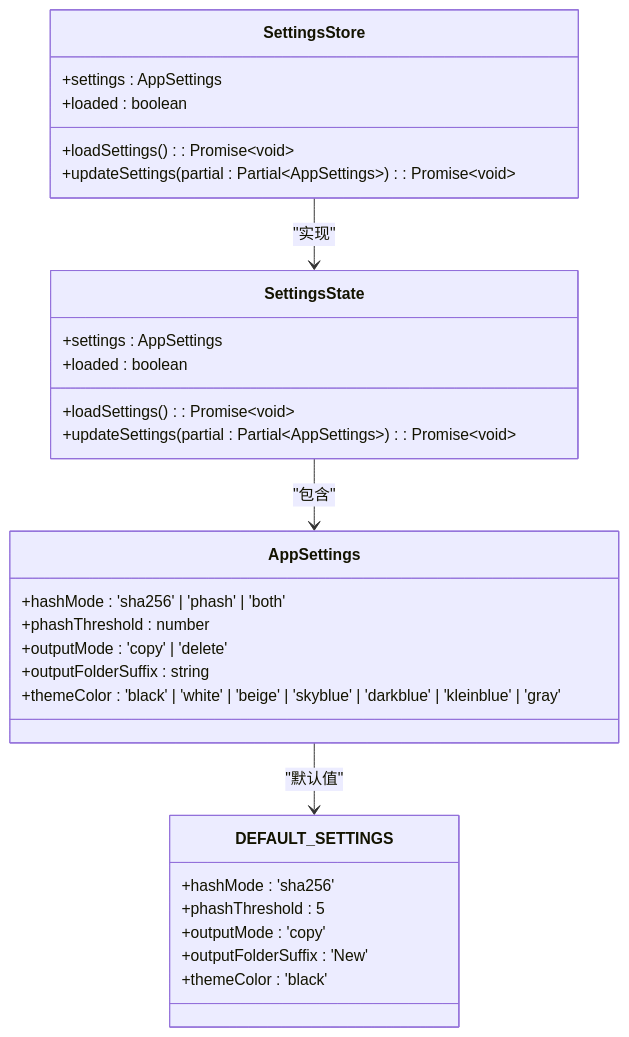
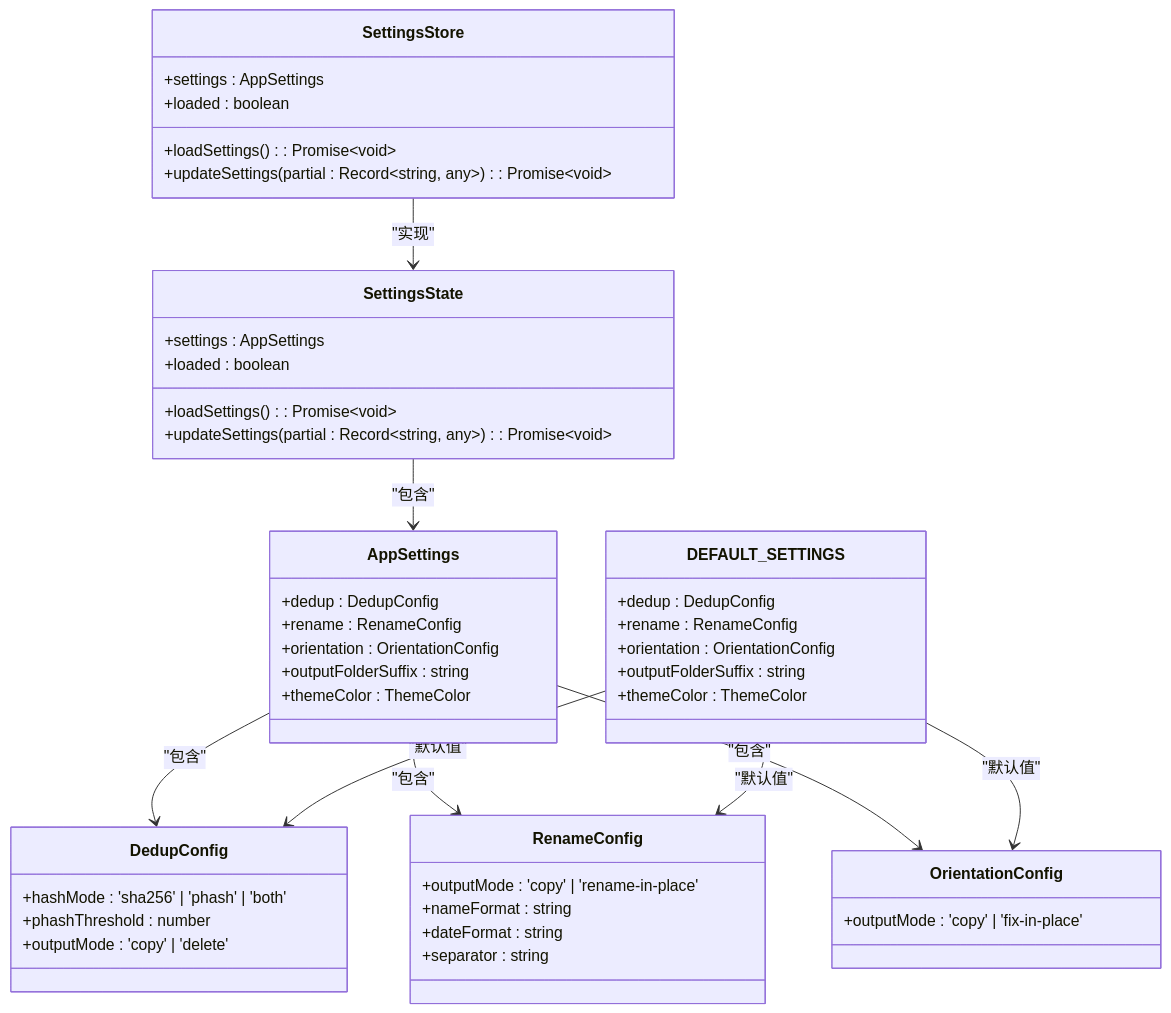
Before and after one commit to remgasuki/ReDoPhoto: the second of 10 diagrams in .qoder/repowiki/zh/content/核心服务模块/设置管理服务.md, drawn with Mermaid. The commit also changed other lines of this file and 10 other files, not shown here.

````diff
--- a/.qoder/repowiki/zh/content/核心服务模块/设置管理服务.md
+++ b/.qoder/repowiki/zh/content/核心服务模块/设置管理服务.md
@@ -101,32 +102,51 @@
 ```mermaid
 classDiagram
 class AppSettings {
++dedup : DedupConfig
++rename : RenameConfig
++orientation : OrientationConfig
++outputFolderSuffix : string
++themeColor : ThemeColor
+}
+class DedupConfig {
 +hashMode : 'sha256' | 'phash' | 'both'
 +phashThreshold : number
 +outputMode : 'copy' | 'delete'
-+outputFolderSuffix : string
-+themeColor : 'black' | 'white' | 'beige' | 'skyblue' | 'darkblue' | 'kleinblue' | 'gray'
+}
+class RenameConfig {
++outputMode : 'copy' | 'rename-in-place'
++nameFormat : string
++dateFormat : string
++separator : string
+}
+class OrientationConfig {
++outputMode : 'copy' | 'fix-in-place'
 }
 class DEFAULT_SETTINGS {
-+hashMode : 'sha256'
-+phashThreshold : 5
-+outputMode : 'copy'
-+outputFolderSuffix : 'New'
-+themeColor : 'black'
++dedup : DedupConfig
++rename : RenameConfig
++orientation : OrientationConfig
++outputFolderSuffix : string
++themeColor : ThemeColor
 }
 class SettingsState {
 +settings : AppSettings
 +loaded : boolean
 +loadSettings() : Promise~void~
-+updateSettings(partial : Partial~AppSettings~) : Promise~void~
++updateSettings(partial : Record~string, any~) : Promise~void~
 }
 class SettingsStore {
 +settings : AppSettings
 +loaded : boolean
 +loadSettings() : Promise~void~
-+updateSettings(partial : Partial~AppSettings~) : Promise~void~
++updateSettings(partial : Record~string, any~) : Promise~void~
 }
-AppSettings --> DEFAULT_SETTINGS : "默认值"
+AppSettings --> DedupConfig : "包含"
+AppSettings --> RenameConfig : "包含"
+AppSettings --> OrientationConfig : "包含"
+DEFAULT_SETTINGS --> DedupConfig : "默认值"
+DEFAULT_SETTINGS --> RenameConfig : "默认值"
+DEFAULT_SETTINGS --> OrientationConfig : "默认值"
 SettingsState --> AppSettings : "包含"
 SettingsStore --> SettingsState : "实现"
 ```
````
